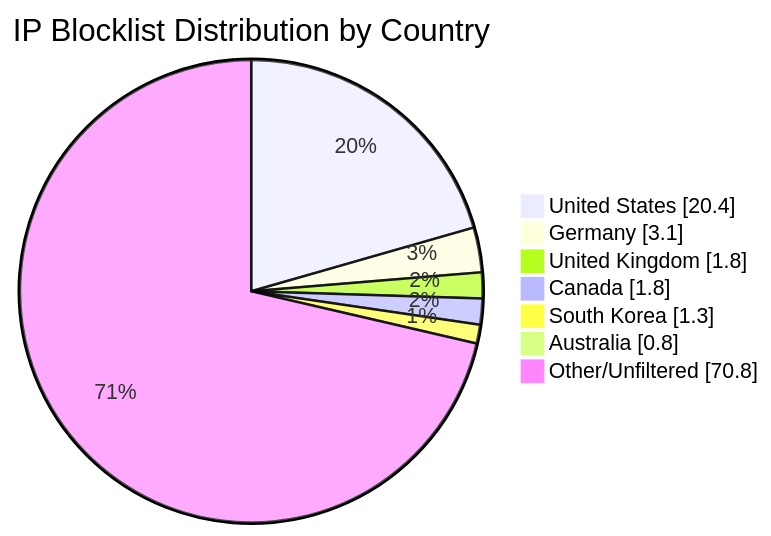
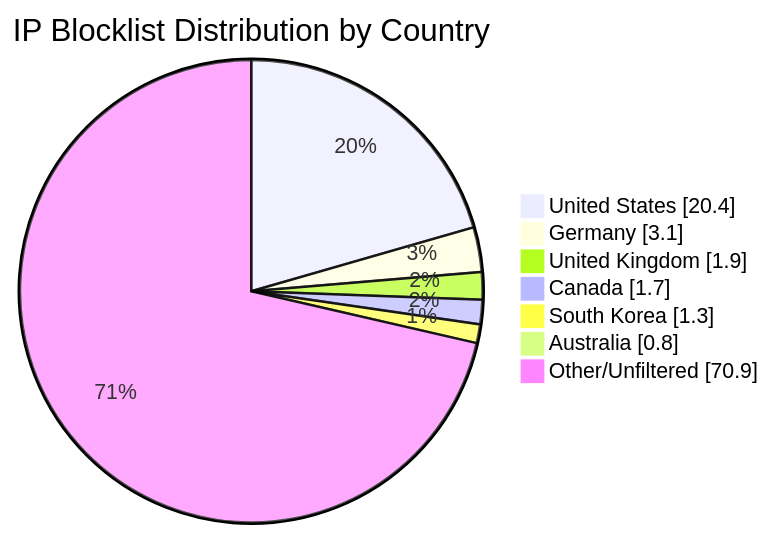
One commit to MarcusHoltz/ipblocklist-geofiltered-aggregator changed the diagram in README.md. Above: the diagram before and after it, drawn with Mermaid. The commit also changed other lines of this file and 9 other files, not shown here.

````diff
--- a/README.md
+++ b/README.md
@@ -34,10 +34,10 @@
 ```mermaid
 pie showData title IP Blocklist Distribution by Country
 "United States" : 20.4
 "Germany" : 3.1
-"United Kingdom" : 1.8
-"Canada" : 1.8
+"United Kingdom" : 1.9
+"Canada" : 1.7
 "South Korea" : 1.3
 "Australia" : 0.8
-"Other/Unfiltered" : 70.8
+"Other/Unfiltered" : 70.9
 ```
````
